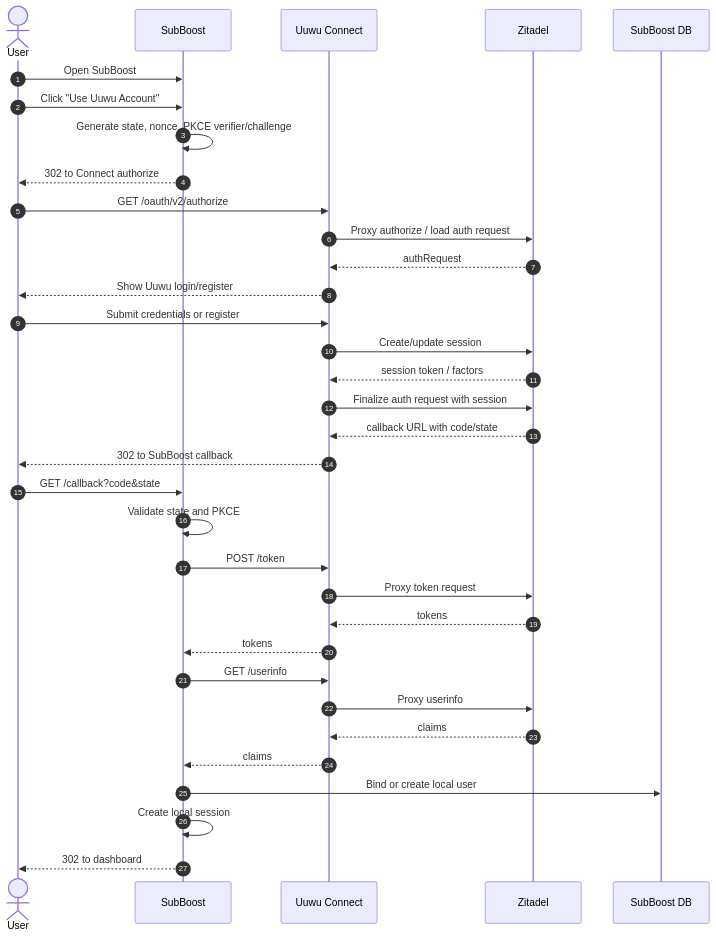
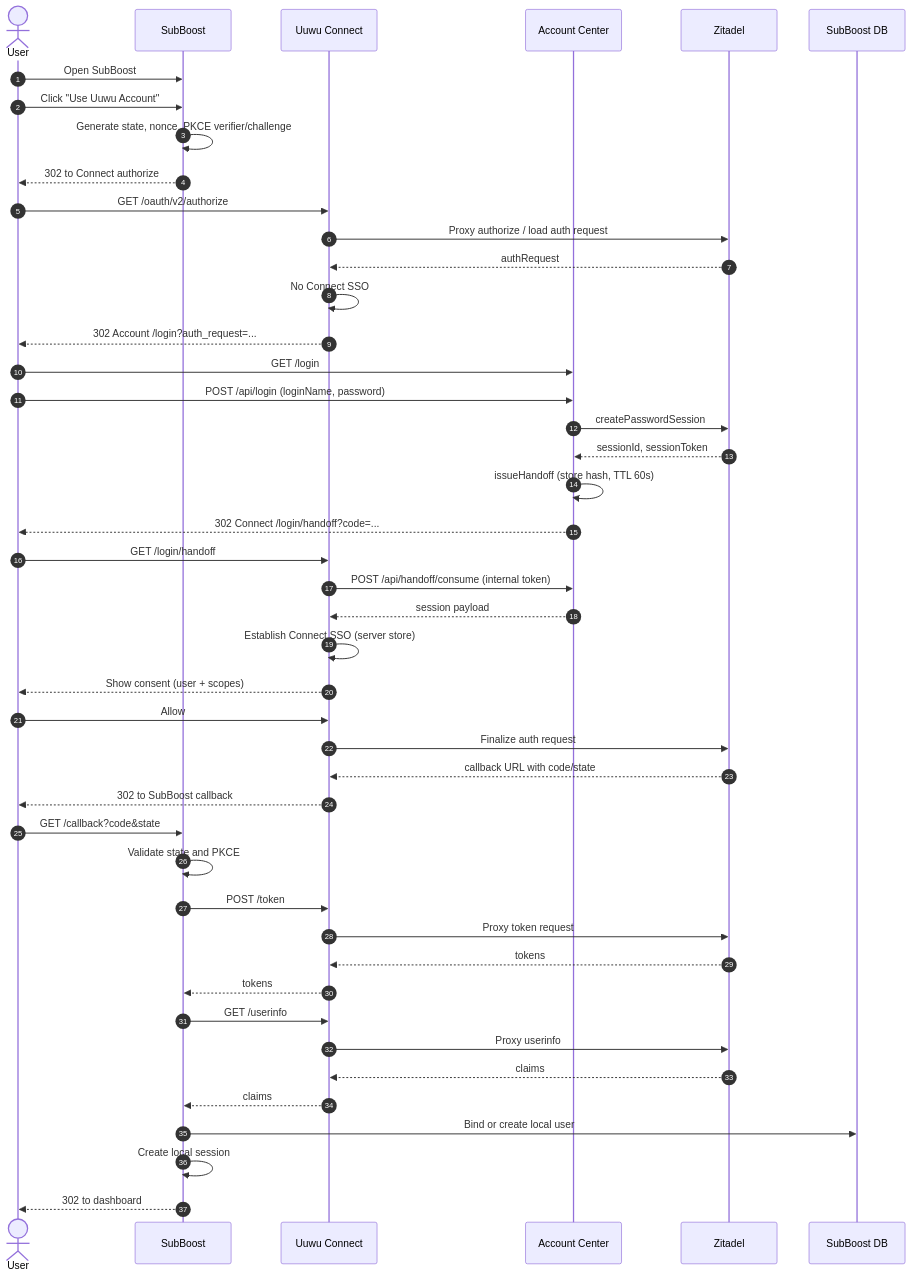
One commit to amo0114/MoAuth changed the third of 6 diagrams in docs/uuwu_06_interface_contracts_boundaries.md. Above: the diagram before and after it, drawn with Mermaid. The commit also changed other lines of this file and 6 other files, not shown here.

````diff
--- a/docs/uuwu_06_interface_contracts_boundaries.md
+++ b/docs/uuwu_06_interface_contracts_boundaries.md
@@ -387,37 +582,48 @@
 ```mermaid
 sequenceDiagram
   autonumber
   actor U as User
   participant SB as SubBoost
   participant C as Uuwu Connect
+  participant A as Account Center
   participant Z as Zitadel
   participant DB as SubBoost DB
 
   U->>SB: Open SubBoost
   U->>SB: Click "Use Uuwu Account"
   SB->>SB: Generate state, nonce, PKCE verifier/challenge
   SB-->>U: 302 to Connect authorize
   U->>C: GET /oauth/v2/authorize
   C->>Z: Proxy authorize / load auth request
   Z-->>C: authRequest
-  C-->>U: Show Uuwu login/register
-  U->>C: Submit credentials or register
-  C->>Z: Create/update session
-  Z-->>C: session token / factors
-  C->>Z: Finalize auth request with session
+  C->>C: No Connect SSO
+  C-->>U: 302 Account /login?auth_request=...
+  U->>A: GET /login
+  U->>A: POST /api/login (loginName, password)
+  A->>Z: createPasswordSession
+  Z-->>A: sessionId, sessionToken
+  A->>A: issueHandoff (store hash, TTL 60s)
+  A-->>U: 302 Connect /login/handoff?code=...
+  U->>C: GET /login/handoff
+  C->>A: POST /api/handoff/consume (internal token)
+  A-->>C: session payload
+  C->>C: Establish Connect SSO (server store)
+  C-->>U: Show consent (user + scopes)
+  U->>C: Allow
+  C->>Z: Finalize auth request
   Z-->>C: callback URL with code/state
   C-->>U: 302 to SubBoost callback
   U->>SB: GET /callback?code&state
   SB->>SB: Validate state and PKCE
   SB->>C: POST /token
   C->>Z: Proxy token request
   Z-->>C: tokens
   C-->>SB: tokens
   SB->>C: GET /userinfo
   C->>Z: Proxy userinfo
   Z-->>C: claims
   C-->>SB: claims
   SB->>DB: Bind or create local user
   SB->>SB: Create local session
   SB-->>U: 302 to dashboard
 ```
````
